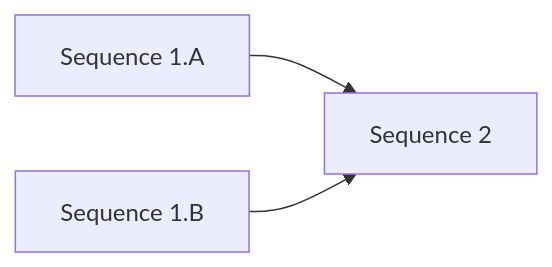
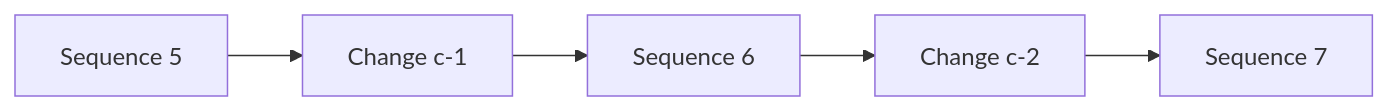
One commit to orblivion/lbry-wallet-sync-draft changed the fourth of 16 diagrams in spec/sync.md. Above: the diagram before and after it, drawn with Mermaid. The commit also changed other lines of this file and 17 other files, not shown here.

````diff
--- a/spec/sync.md
+++ b/spec/sync.md
@@ -81,8 +114,10 @@
 ```mermaid
   flowchart LR
-    s1.A[Sequence 1.A]
-    s1.B[Sequence 1.B]
-    s2[Sequence 2]
-    s1.A --> s2
-    s1.B --> s2
+    s5[Sequence 5]
+    s6[Sequence 6]
+    s7[Sequence 7]
+    c1[Change c-1]
+    c2[Change c-2]
+
+    s5 --> c1 --> s6 --> c2 --> s7
 ```
````
